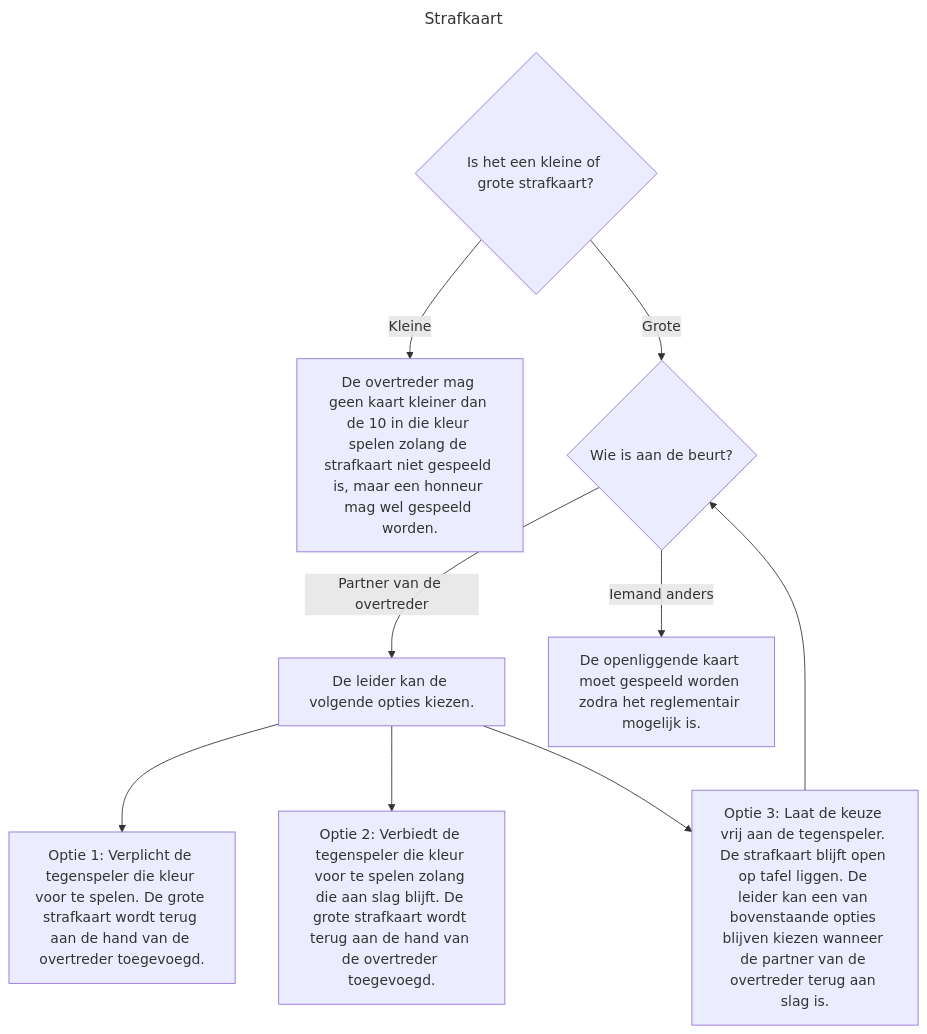
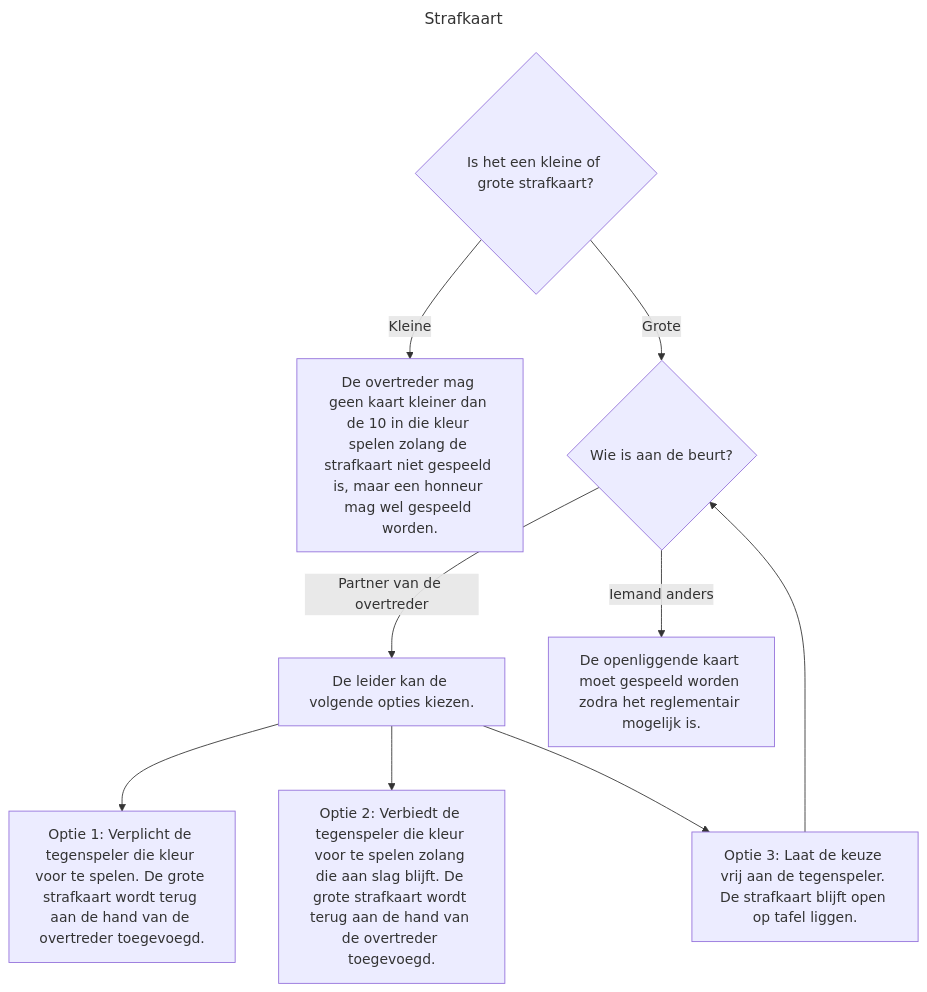
The diagram in strafkaart.md (tcorneli/CTL-instructies), drawn with Mermaid before and after one commit.

Commit message:
Simplify Option 3 description in strafkaart
Removed the part about the leader being able to choose options when the partner is back in play.

````diff
--- a/strafkaart.md
+++ b/strafkaart.md
@@ -1,14 +1,14 @@
 ```mermaid
 ---
 title: Strafkaart
 ---
 graph TD
     A{Is het een kleine of grote strafkaart?}
     A -->|Kleine| B[De overtreder mag geen kaart kleiner dan de 10 in die kleur spelen zolang de strafkaart niet gespeeld is, maar een honneur mag wel gespeeld worden.]
     A -->|Grote| D{Wie is aan de beurt?}
     D -->|Partner van de overtreder| F[De leider kan de volgende opties kiezen.]
     D -->|Iemand anders| E[De openliggende kaart moet gespeeld worden zodra het reglementair mogelijk is.]
     F --> G[Optie 1: Verplicht de tegenspeler die kleur voor te spelen. De grote strafkaart wordt terug aan de hand van de overtreder toegevoegd.]
     F --> H[Optie 2: Verbiedt de tegenspeler die kleur voor te spelen zolang die aan slag blijft. De grote strafkaart wordt terug aan de hand van de overtreder toegevoegd.]
-    F --> I[Optie 3: Laat de keuze vrij aan de tegenspeler. De strafkaart blijft open op tafel liggen. De leider kan een van bovenstaande opties blijven kiezen wanneer de partner van de overtreder terug aan slag is.] -->D
+    F --> I[Optie 3: Laat de keuze vrij aan de tegenspeler. De strafkaart blijft open op tafel liggen.] -->D
 ```
````
